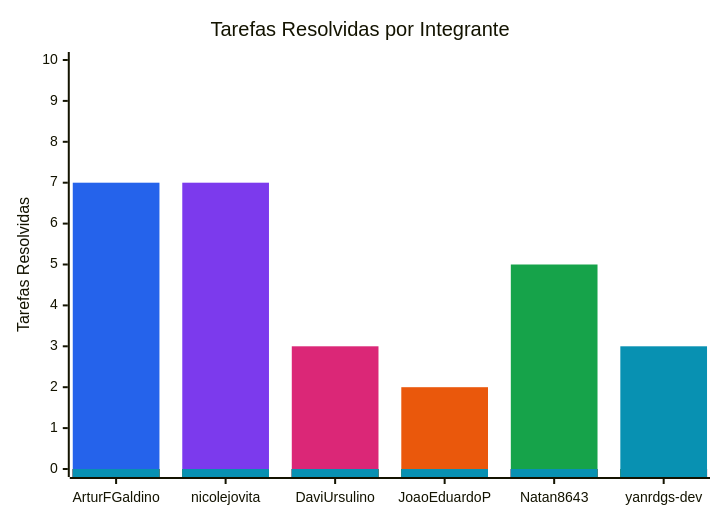
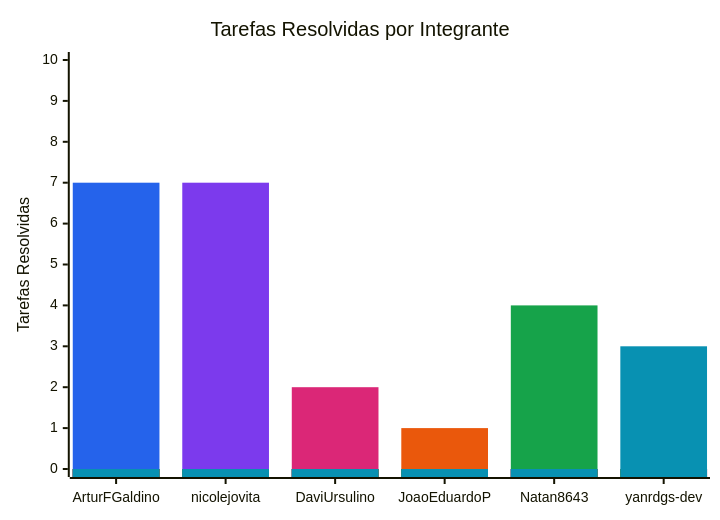
Before and after one commit to FCTE-Qualidade-de-Software-1/2026-2_T02_KAY_MCNULTY: the diagram in snippets/resolved-issues.mmd, drawn with Mermaid. The commit also changed 11 other files, not shown here.

```diff
--- a/snippets/resolved-issues.mmd
+++ b/snippets/resolved-issues.mmd
@@ -1,11 +1,11 @@
 %%{init: {"themeVariables": {"xyChart": {"plotColorPalette": "#2563eb, #7c3aed, #db2777, #ea580c, #16a34a, #0891b2"}}}}%%
 xychart-beta
     title "Tarefas Resolvidas por Integrante"
     x-axis ["ArturFGaldino", "nicolejovita", "DaviUrsulino", "JoaoEduardoP", "Natan8643", "yanrdgs-dev"]
     y-axis "Tarefas Resolvidas" 0 --> 10
     bar [7, 0, 0, 0, 0, 0]
     bar [0, 7, 0, 0, 0, 0]
-    bar [0, 0, 3, 0, 0, 0]
-    bar [0, 0, 0, 2, 0, 0]
-    bar [0, 0, 0, 0, 5, 0]
+    bar [0, 0, 2, 0, 0, 0]
+    bar [0, 0, 0, 1, 0, 0]
+    bar [0, 0, 0, 0, 4, 0]
     bar [0, 0, 0, 0, 0, 3]
```
